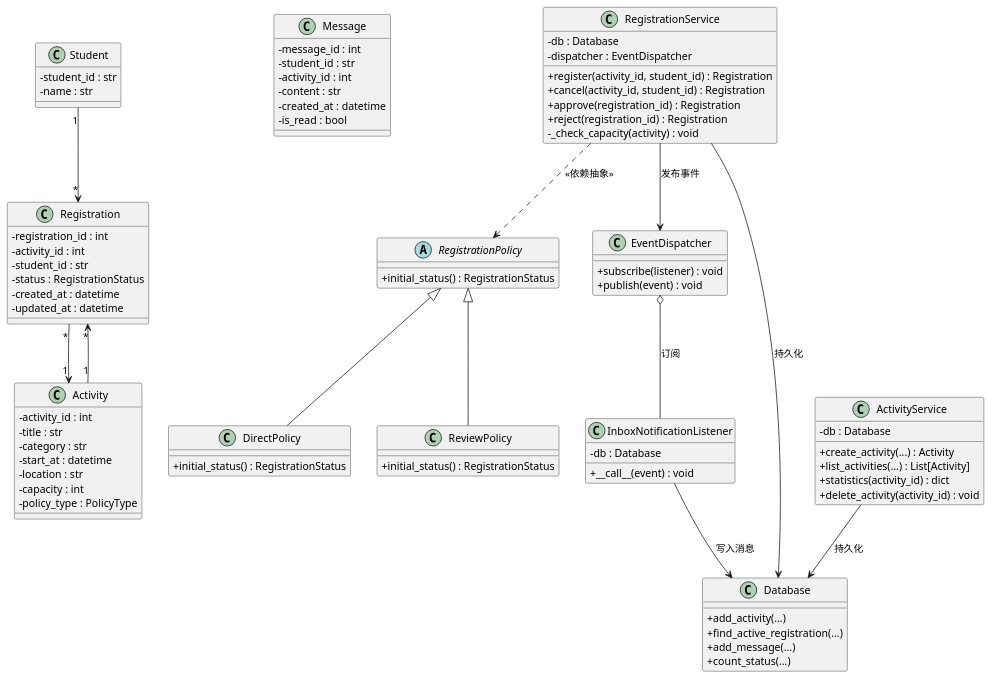
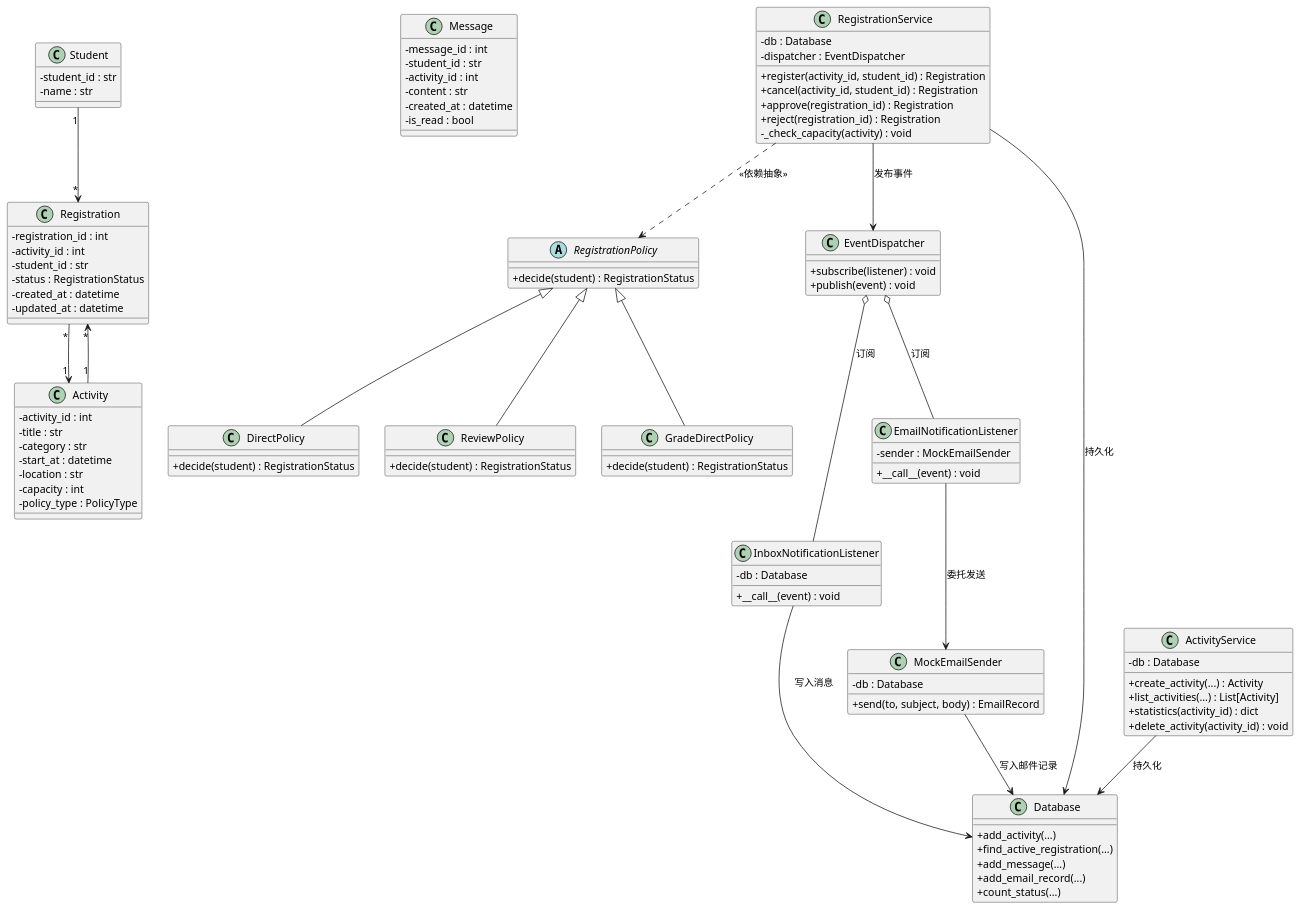
One commit to Yeyufei666/- changed the first of 3 diagrams in docs/设计文档.md. Above: the diagram before and after it, drawn with PlantUML. The commit also changed 15 other files, not shown here.

```diff
--- a/docs/设计文档.md
+++ b/docs/设计文档.md
@@ -112,15 +112,19 @@
 }
 
 abstract class RegistrationPolicy {
-  + initial_status() : RegistrationStatus
+  + decide(student) : RegistrationStatus
 }
 
 class DirectPolicy {
-  + initial_status() : RegistrationStatus
+  + decide(student) : RegistrationStatus
 }
 
 class ReviewPolicy {
-  + initial_status() : RegistrationStatus
+  + decide(student) : RegistrationStatus
+}
+
+class GradeDirectPolicy {
+  + decide(student) : RegistrationStatus
 }
 
 class RegistrationService {
@@ -151,10 +155,21 @@
   + __call__(event) : void
 }
 
+class EmailNotificationListener {
+  - sender : MockEmailSender
+  + __call__(event) : void
+}
+
+class MockEmailSender {
+  - db : Database
+  + send(to, subject, body) : EmailRecord
+}
+
 class Database {
   + add_activity(...)
   + find_active_registration(...)
   + add_message(...)
+  + add_email_record(...)
   + count_status(...)
 }
 
@@ -165,9 +180,13 @@
 RegistrationService ..> RegistrationPolicy : <<依赖抽象>>
 RegistrationPolicy <|-- DirectPolicy
 RegistrationPolicy <|-- ReviewPolicy
+RegistrationPolicy <|-- GradeDirectPolicy
 RegistrationService --> EventDispatcher : 发布事件
 EventDispatcher o-- InboxNotificationListener : 订阅
+EventDispatcher o-- EmailNotificationListener : 订阅
 InboxNotificationListener --> Database : 写入消息
+EmailNotificationListener --> MockEmailSender : 委托发送
+MockEmailSender --> Database : 写入邮件记录
 RegistrationService --> Database : 持久化
 ActivityService --> Database : 持久化
 
```
